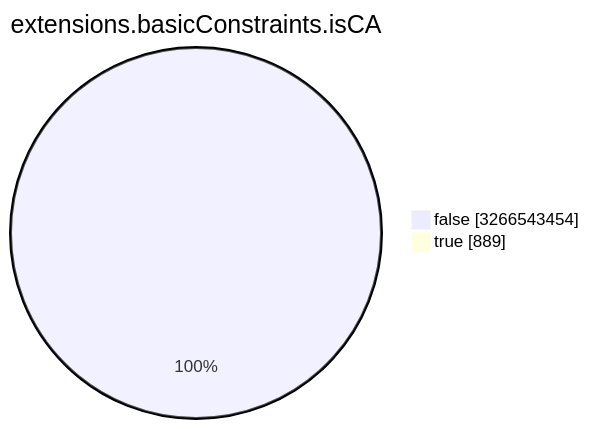
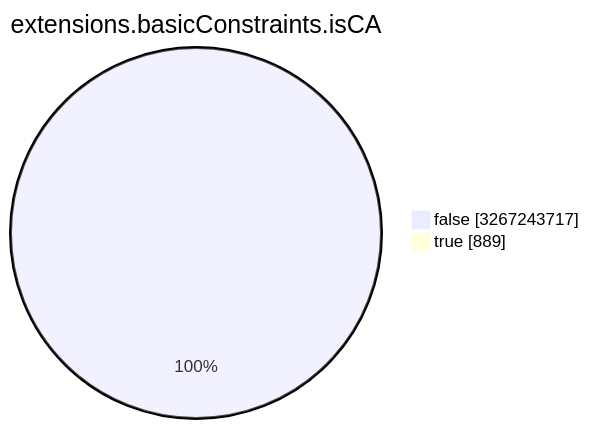
One commit to christiankrug/ctmonitor_visualization changed the seventh of 15 diagrams in TOTAL/README.md. Above: the diagram before and after it, drawn with Mermaid. The commit also changed other lines of this file, not shown here.

````diff
--- a/TOTAL/README.md
+++ b/TOTAL/README.md
@@ -3089,6 +3089,6 @@
 ```mermaid
 pie showData
 title extensions.basicConstraints.isCA
-"false" :3266543454
+"false" :3267243717
 "true" :889
 ```
````
